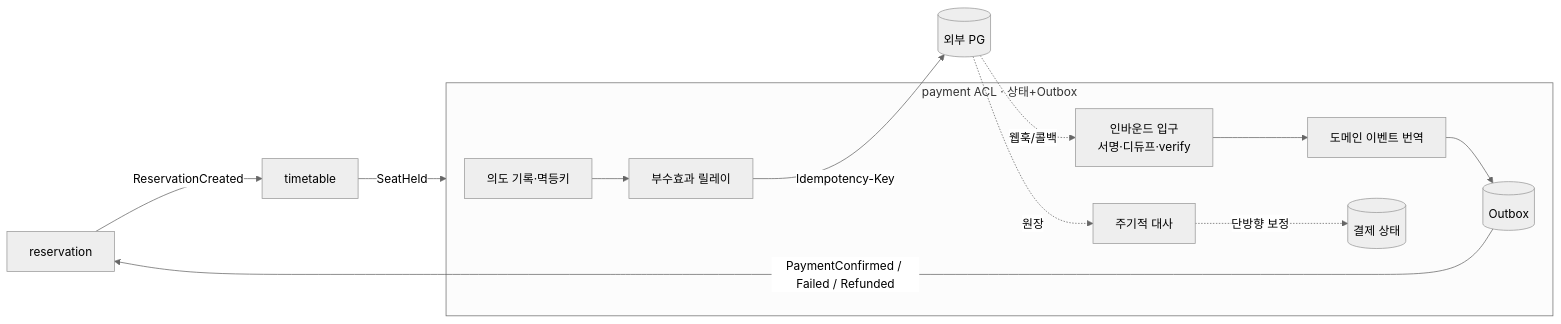
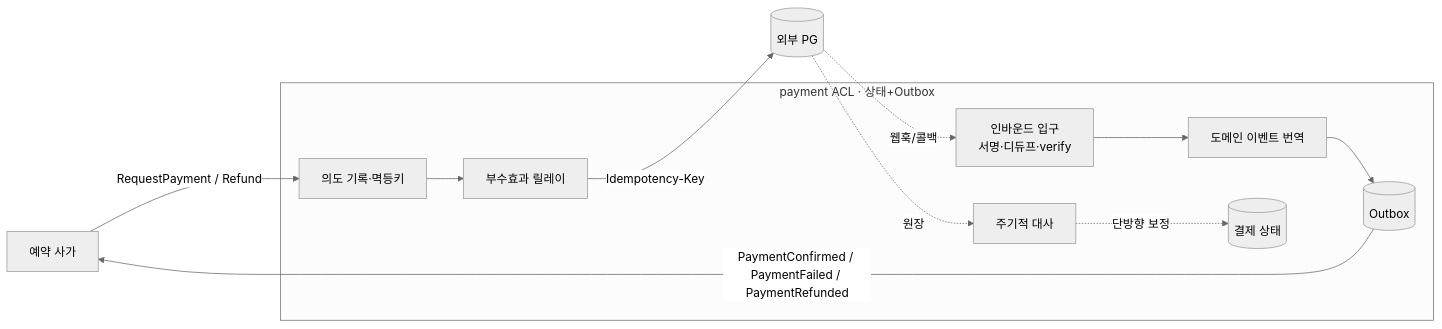
The fifth of 5 diagrams in docs/v2/rfc/RFC-016-payment-integration-boundary.md (newkayak12/prototype-reservation-system), drawn with Mermaid (neutral theme) before and after one commit. The commit also changed other lines of this file and 67 other files, not shown here.

````diff
--- a/docs/v2/rfc/RFC-016-payment-integration-boundary.md
+++ b/docs/v2/rfc/RFC-016-payment-integration-boundary.md
@@ -107,15 +213,14 @@
 ```mermaid
 graph LR
-    RES[reservation] -->|ReservationCreated| TT[timetable]
-    TT -->|SeatHeld| ACL
+    SAGA[예약 사가] -->|RequestPayment / Refund| OUT
     subgraph ACL [payment ACL · 상태+Outbox]
         OUT[의도 기록·멱등키] --> RLY[부수효과 릴레이]
         IN[인바운드 입구<br/>서명·디듀프·verify] --> TR[도메인 이벤트 번역]
         TR --> OB[(Outbox)]
         REC[주기적 대사] -. 단방향 보정 .-> ST[(결제 상태)]
     end
     RLY -->|Idempotency-Key| PG[(외부 PG)]
     PG -. 웹훅/콜백 .-> IN
     PG -. 원장 .-> REC
-    OB -->|PaymentConfirmed / Failed / Refunded| RES
+    OB -->|PaymentConfirmed / PaymentFailed / PaymentRefunded| SAGA
 ```
````
